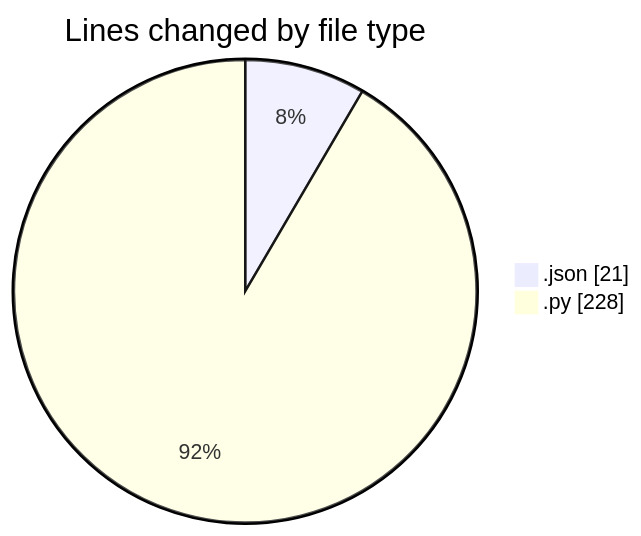
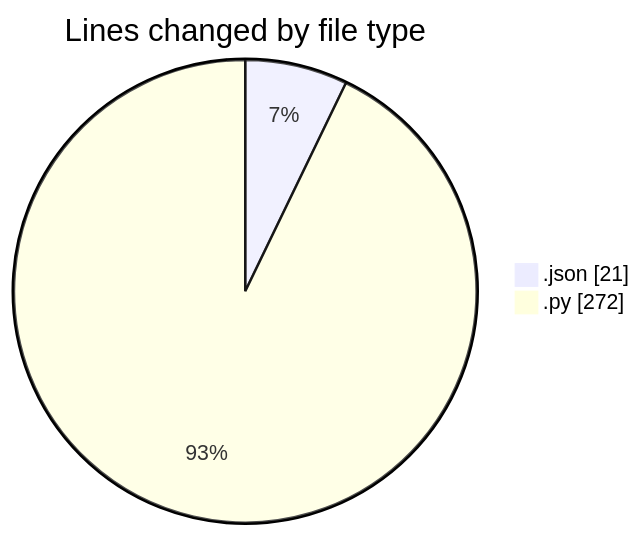
One commit to MatusMokan/code-tracking changed the first of 2 diagrams in 2025-11-14/untitled__workspace_/README.md. Above: the diagram before and after it, drawn with Mermaid. The commit also changed other lines of this file and 1 other file, not shown here.

````diff
--- a/2025-11-14/untitled__workspace_/README.md
+++ b/2025-11-14/untitled__workspace_/README.md
@@ -22,6 +22,6 @@
 ```mermaid
 pie showData
 title Lines changed by file type
 ".json" : 21
-".py" : 228
+".py" : 272
 ```
````
